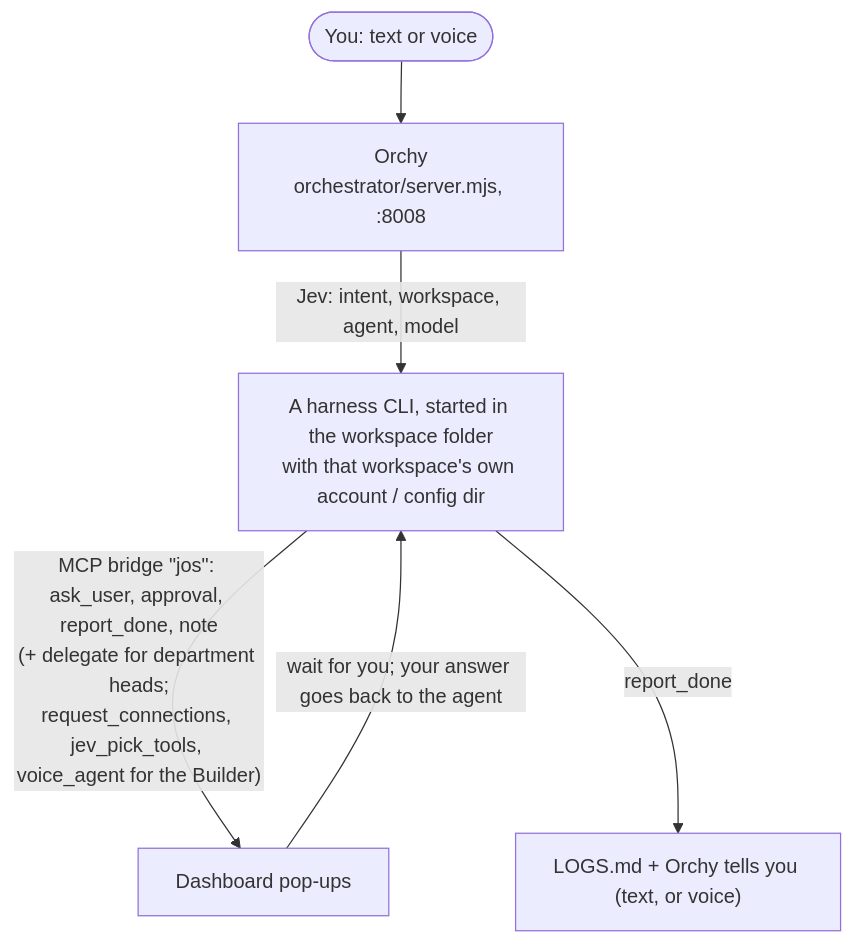
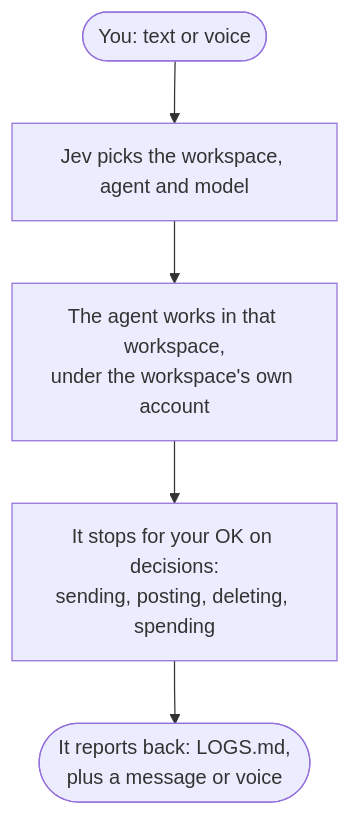
Before and after one commit to janmm97/orchy-ai: the diagram in README.md, drawn with Mermaid. The commit also changed other lines of this file and 4 other files, not shown here.

````diff
--- a/README.md
+++ b/README.md
@@ -119,8 +121,7 @@
 ```mermaid
 flowchart TD
-    you(["You: text or voice"]) --> orchy["Orchy<br/>orchestrator/server.mjs, :8008"]
-    orchy -- "Jev: intent, workspace, agent, model" --> harness["A harness CLI, started in the workspace folder<br/>with that workspace's own account / config dir"]
-    harness -- "MCP bridge #quot;jos#quot;: ask_user, approval, report_done, note<br/>(+ delegate for department heads;<br/>request_connections, jev_pick_tools, voice_agent for the Builder)" --> popups["Dashboard pop-ups"]
-    popups -- "wait for you; your answer goes back to the agent" --> harness
-    harness -- "report_done" --> done["LOGS.md + Orchy tells you (text, or voice)"]
+    you(["You: text or voice"]) --> jev["Jev picks the workspace, agent and model"]
+    jev --> agent["The agent works in that workspace,<br/>under the workspace's own account"]
+    agent --> ok["It stops for your OK on decisions:<br/>sending, posting, deleting, spending"]
+    ok --> done(["It reports back: LOGS.md,<br/>plus a message or voice"])
 ```
````
